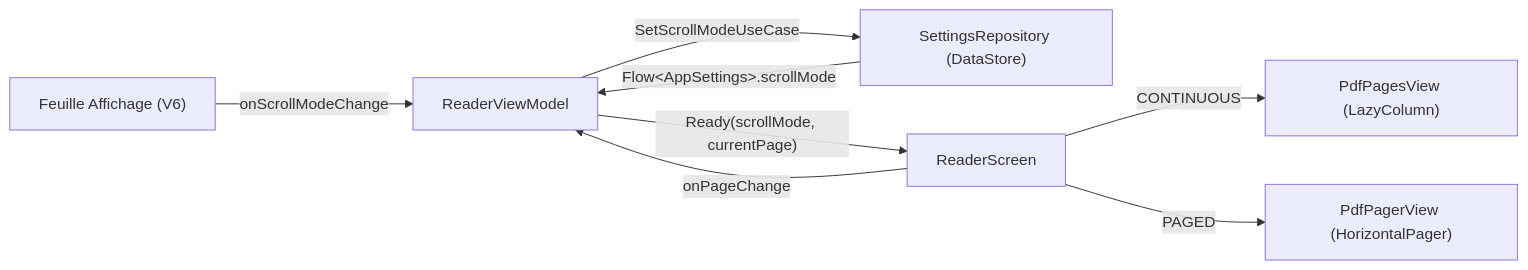
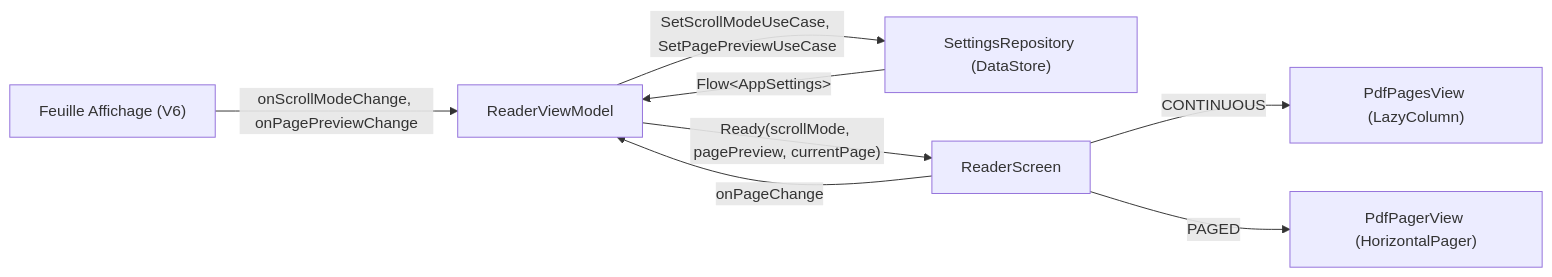
Before and after one commit to myxomatom/LutrinPDF: the third of 7 diagrams in docs/architecture.md, drawn with Mermaid. The commit also changed other lines of this file and 2 other files, not shown here.

First line of the commit message:
docs: record the E2 redesign and the page preview option

````diff
--- a/docs/architecture.md
+++ b/docs/architecture.md
@@ -101,10 +108,10 @@
 ```mermaid
 flowchart LR
-    v6["Feuille Affichage (V6)"] -->|"onScrollModeChange"| rvm["ReaderViewModel"]
-    rvm -->|"SetScrollModeUseCase"| repo["SettingsRepository (DataStore)"]
-    repo -->|"Flow&lt;AppSettings&gt;.scrollMode"| rvm
+    v6["Feuille Affichage (V6)"] -->|"onScrollModeChange, onPagePreviewChange"| rvm["ReaderViewModel"]
+    rvm -->|"SetScrollModeUseCase, SetPagePreviewUseCase"| repo["SettingsRepository (DataStore)"]
+    repo -->|"Flow&lt;AppSettings&gt;"| rvm
     screen["ReaderScreen"] -->|"onPageChange"| rvm
-    rvm -->|"Ready(scrollMode, currentPage)"| screen
+    rvm -->|"Ready(scrollMode, pagePreview, currentPage)"| screen
     screen -->|"CONTINUOUS"| list["PdfPagesView (LazyColumn)"]
     screen -->|"PAGED"| pager["PdfPagerView (HorizontalPager)"]
 ```
````
